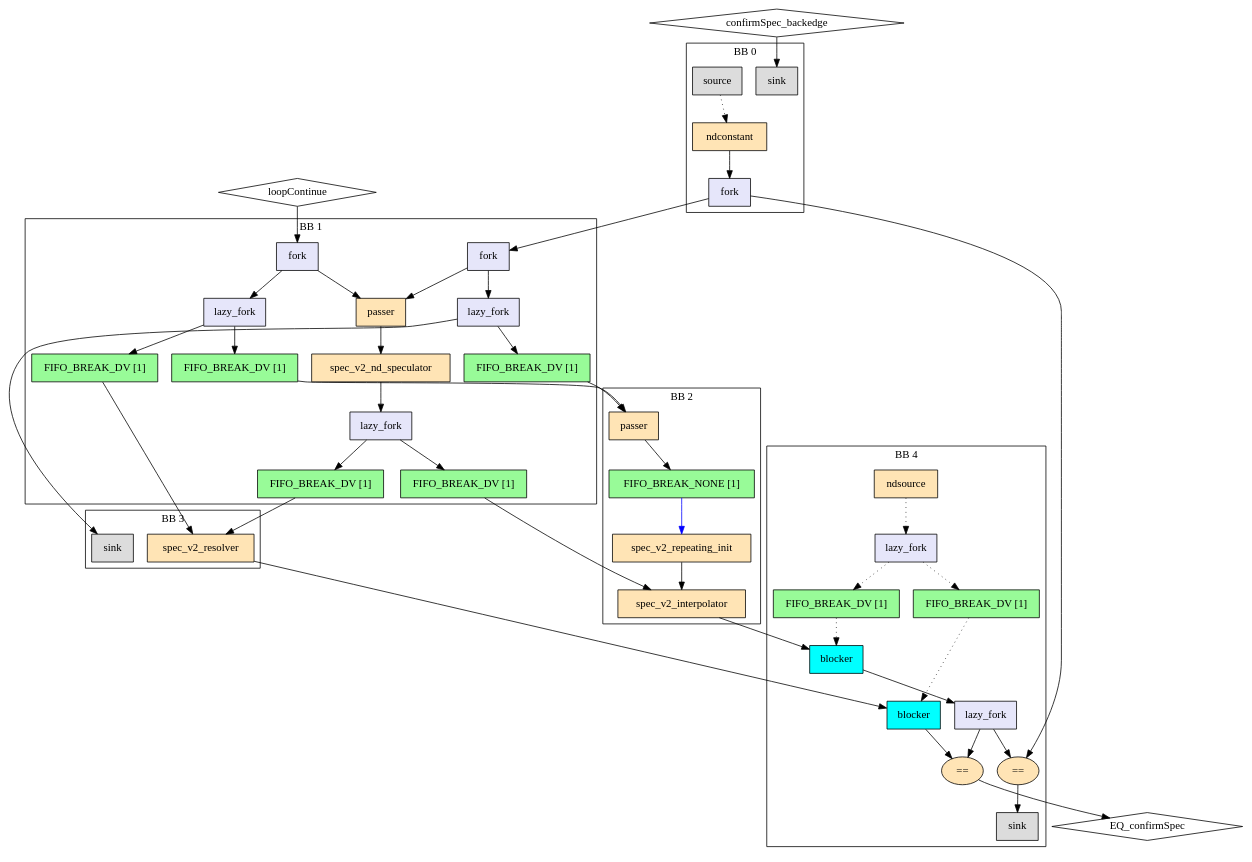
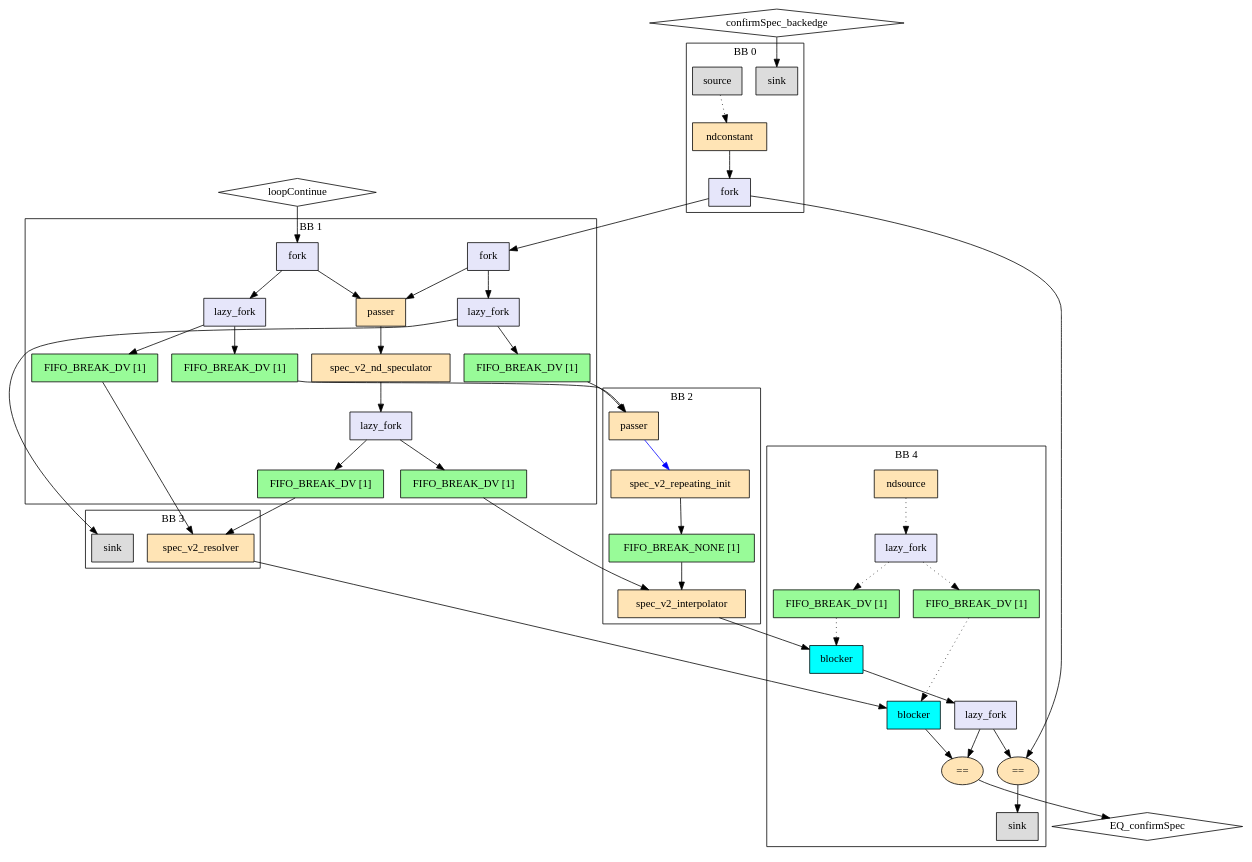
One commit to EPFL-LAP/dynamatic changed the diagram in experimental/tools/elastic-miter/out/introduceResolver/miter/model.dot. Above: the diagram before and after it, drawn with Graphviz. The commit also changed 939 other files, not shown here.

```diff
--- a/experimental/tools/elastic-miter/out/introduceResolver/miter/model.dot
+++ b/experimental/tools/elastic-miter/out/introduceResolver/miter/model.dot
@@ -1,93 +1,93 @@
 Digraph G {
   splines=spline
   compound=true
   "loopContinue" ["style"="solid", "shape"="diamond", "label"="loopContinue", "mlir_op"="handshake.func"]
   "confirmSpec_backedge" ["style"="solid", "shape"="diamond", "label"="confirmSpec_backedge", "mlir_op"="handshake.func"]
   "EQ_confirmSpec" ["style"="solid", "shape"="diamond", "label"="EQ_confirmSpec", "mlir_op"="handshake.func"]
   "loopContinue" -> "ctx_fork" ["dir"="both", "style"="solid", "arrowhead"="normal", "from_idx"="0", "to"="ins", "arrowtail"="none", "from"="loopContinue", "to_idx"="0"]
   "confirmSpec_backedge" -> "backedge_sink_start_confirmSpec" ["dir"="both", "style"="solid", "arrowhead"="normal", "from_idx"="1", "to"="ins", "arrowtail"="none", "from"="confirmSpec_backedge", "to_idx"="0"]
   "backedge_lf_start_confirmSpec" -> "ctx_fork_cs" ["dir"="both", "style"="solid", "arrowhead"="normal", "from_idx"="0", "to"="ins", "arrowtail"="none", "from"="outs_0", "to_idx"="0"]
   "backedge_lf_start_confirmSpec" -> "backedge_eq_confirmSpec" ["dir"="both", "style"="solid", "arrowhead"="normal", "from_idx"="1", "to"="lhs", "arrowtail"="none", "from"="outs_1", "to_idx"="0"]
   "lhs_in_buf_loopContinue" -> "lhs_passer" ["dir"="both", "style"="solid", "arrowhead"="normal", "from_idx"="0", "to"="data", "arrowtail"="none", "from"="outs", "to_idx"="0"]
   "rhs_in_buf_loopContinue" -> "rhs_resolver" ["dir"="both", "style"="solid", "arrowhead"="normal", "from_idx"="0", "to"="actualCondition", "arrowtail"="none", "from"="outs", "to_idx"="0"]
   "lhs_in_buf_specLoopContinue" -> "lhs_interpolate" ["dir"="both", "style"="solid", "arrowhead"="normal", "from_idx"="0", "to"="long", "arrowtail"="none", "from"="outs", "to_idx"="1"]
   "rhs_in_buf_specLoopContinue" -> "rhs_resolver" ["dir"="both", "style"="solid", "arrowhead"="normal", "from_idx"="0", "to"="generatedCondition", "arrowtail"="none", "from"="outs", "to_idx"="1"]
   "in_fork_confirmSpec_backedge" -> "rhs_vm_sink_2" ["dir"="both", "style"="solid", "arrowhead"="normal", "from_idx"="1", "to"="ins", "arrowtail"="none", "from"="outs_1", "to_idx"="0"]
   "lhs_in_buf_confirmSpec_backedge" -> "lhs_passer" ["dir"="both", "style"="solid", "arrowhead"="normal", "from_idx"="0", "to"="ctrl", "arrowtail"="none", "from"="outs", "to_idx"="1"]
   "out_eq_confirmSpec" -> "EQ_confirmSpec" ["dir"="both", "style"="solid", "arrowhead"="normal", "from_idx"="0", "to"="EQ_confirmSpec", "arrowtail"="none", "from"="result", "to_idx"="0"]
   "lhs_interpolate" -> "lhs_out_bl_confirmSpec" ["dir"="both", "style"="solid", "arrowhead"="normal", "from_idx"="0", "to"="ins", "arrowtail"="none", "from"="result", "to_idx"="0"]
   "rhs_resolver" -> "rhs_out_bl_confirmSpec" ["dir"="both", "style"="solid", "arrowhead"="normal", "from_idx"="0", "to"="ins", "arrowtail"="none", "from"="confirmSpec", "to_idx"="0"]
   subgraph cluster0 {
     graph ["label"="BB 0"]
     "backedge_source_confirmSpec" ["style"="filled", "fillcolor"="gainsboro", "shape"="box", "label"="source", "mlir_op"="handshake.source"]
     "backedge_constant_confirmSpec" ["style"="filled", "fillcolor"="moccasin", "shape"="box", "label"="ndconstant", "mlir_op"="handshake.ndconstant"]
     "backedge_lf_start_confirmSpec" ["style"="filled", "fillcolor"="lavender", "shape"="box", "label"="fork", "mlir_op"="handshake.fork"]
     "backedge_sink_start_confirmSpec" ["style"="filled", "fillcolor"="gainsboro", "shape"="box", "label"="sink", "mlir_op"="handshake.sink"]
     "backedge_source_confirmSpec" -> "backedge_constant_confirmSpec" ["dir"="both", "style"="dotted", "arrowhead"="normal", "from_idx"="0", "to"="ctrl", "arrowtail"="none", "from"="outs", "to_idx"="0"]
     "backedge_constant_confirmSpec" -> "backedge_lf_start_confirmSpec" ["dir"="both", "style"="solid", "arrowhead"="normal", "from_idx"="0", "to"="ins", "arrowtail"="none", "from"="result", "to_idx"="0"]
   }
   subgraph cluster4 {
     graph ["label"="BB 4"]
     "backedge_lf_end_confirmSpec" ["style"="filled", "fillcolor"="lavender", "shape"="box", "label"="lazy_fork", "mlir_op"="handshake.lazy_fork"]
     "backedge_eq_confirmSpec" ["style"="filled", "fillcolor"="moccasin", "shape"="oval", "label"="==", "mlir_op"="handshake.cmpi=="]
     "backedge_sink_end_confirmSpec" ["style"="filled", "fillcolor"="gainsboro", "shape"="box", "label"="sink", "mlir_op"="handshake.sink"]
     "out_nds_confirmSpec" ["style"="filled", "fillcolor"="moccasin", "shape"="box", "label"="ndsource", "mlir_op"="handshake.ndsource"]
     "out_lf_confirmSpec" ["style"="filled", "fillcolor"="lavender", "shape"="box", "label"="lazy_fork", "mlir_op"="handshake.lazy_fork"]
     "out_buf_lhs_nds_confirmSpec" ["style"="filled", "fillcolor"="palegreen", "shape"="box", "label"="FIFO_BREAK_DV [1]", "mlir_op"="handshake.buffer"]
     "out_buf_rhs_nds_confirmSpec" ["style"="filled", "fillcolor"="palegreen", "shape"="box", "label"="FIFO_BREAK_DV [1]", "mlir_op"="handshake.buffer"]
     "lhs_out_bl_confirmSpec" ["style"="filled", "fillcolor"="cyan", "shape"="box", "label"="blocker", "mlir_op"="handshake.blocker"]
     "rhs_out_bl_confirmSpec" ["style"="filled", "fillcolor"="cyan", "shape"="box", "label"="blocker", "mlir_op"="handshake.blocker"]
     "out_eq_confirmSpec" ["style"="filled", "fillcolor"="moccasin", "shape"="oval", "label"="==", "mlir_op"="handshake.cmpi=="]
     "backedge_lf_end_confirmSpec" -> "out_eq_confirmSpec" ["dir"="both", "style"="solid", "arrowhead"="normal", "from_idx"="0", "to"="lhs", "arrowtail"="none", "from"="outs_0", "to_idx"="0"]
     "backedge_lf_end_confirmSpec" -> "backedge_eq_confirmSpec" ["dir"="both", "style"="solid", "arrowhead"="normal", "from_idx"="1", "to"="rhs", "arrowtail"="none", "from"="outs_1", "to_idx"="1"]
     "backedge_eq_confirmSpec" -> "backedge_sink_end_confirmSpec" ["dir"="both", "style"="solid", "arrowhead"="normal", "from_idx"="0", "to"="ins", "arrowtail"="none", "from"="result", "to_idx"="0"]
     "out_nds_confirmSpec" -> "out_lf_confirmSpec" ["dir"="both", "style"="dotted", "arrowhead"="normal", "from_idx"="0", "to"="ins", "arrowtail"="none", "from"="result", "to_idx"="0"]
     "out_lf_confirmSpec" -> "out_buf_lhs_nds_confirmSpec" ["dir"="both", "style"="dotted", "arrowhead"="normal", "from_idx"="0", "to"="ins", "arrowtail"="none", "from"="outs_0", "to_idx"="0"]
     "out_lf_confirmSpec" -> "out_buf_rhs_nds_confirmSpec" ["dir"="both", "style"="dotted", "arrowhead"="normal", "from_idx"="1", "to"="ins", "arrowtail"="none", "from"="outs_1", "to_idx"="0"]
     "out_buf_lhs_nds_confirmSpec" -> "lhs_out_bl_confirmSpec" ["dir"="both", "style"="dotted", "arrowhead"="normal", "from_idx"="0", "to"="ctrl", "arrowtail"="none", "from"="outs", "to_idx"="1"]
     "out_buf_rhs_nds_confirmSpec" -> "rhs_out_bl_confirmSpec" ["dir"="both", "style"="dotted", "arrowhead"="normal", "from_idx"="0", "to"="ctrl", "arrowtail"="none", "from"="outs", "to_idx"="1"]
     "lhs_out_bl_confirmSpec" -> "backedge_lf_end_confirmSpec" ["dir"="both", "style"="solid", "arrowhead"="normal", "from_idx"="0", "to"="ins", "arrowtail"="none", "from"="outs", "to_idx"="0"]
     "rhs_out_bl_confirmSpec" -> "out_eq_confirmSpec" ["dir"="both", "style"="solid", "arrowhead"="normal", "from_idx"="0", "to"="rhs", "arrowtail"="none", "from"="outs", "to_idx"="1"]
   }
   subgraph cluster1 {
     graph ["label"="BB 1"]
     "ctx_fork" ["style"="filled", "fillcolor"="lavender", "shape"="box", "label"="fork", "mlir_op"="handshake.fork"]
     "ctx_fork_cs" ["style"="filled", "fillcolor"="lavender", "shape"="box", "label"="fork", "mlir_op"="handshake.fork"]
     "ctx_passer" ["style"="filled", "fillcolor"="moccasin", "shape"="box", "label"="passer", "mlir_op"="handshake.passer"]
     "ndspec" ["style"="filled", "fillcolor"="moccasin", "shape"="box", "label"="spec_v2_nd_speculator", "mlir_op"="handshake.spec_v2_nd_speculator"]
     "in_fork_loopContinue" ["style"="filled", "fillcolor"="lavender", "shape"="box", "label"="lazy_fork", "mlir_op"="handshake.lazy_fork"]
     "lhs_in_buf_loopContinue" ["style"="filled", "fillcolor"="palegreen", "shape"="box", "label"="FIFO_BREAK_DV [1]", "mlir_op"="handshake.buffer"]
     "rhs_in_buf_loopContinue" ["style"="filled", "fillcolor"="palegreen", "shape"="box", "label"="FIFO_BREAK_DV [1]", "mlir_op"="handshake.buffer"]
     "in_fork_specLoopContinue" ["style"="filled", "fillcolor"="lavender", "shape"="box", "label"="lazy_fork", "mlir_op"="handshake.lazy_fork"]
     "lhs_in_buf_specLoopContinue" ["style"="filled", "fillcolor"="palegreen", "shape"="box", "label"="FIFO_BREAK_DV [1]", "mlir_op"="handshake.buffer"]
     "rhs_in_buf_specLoopContinue" ["style"="filled", "fillcolor"="palegreen", "shape"="box", "label"="FIFO_BREAK_DV [1]", "mlir_op"="handshake.buffer"]
     "in_fork_confirmSpec_backedge" ["style"="filled", "fillcolor"="lavender", "shape"="box", "label"="lazy_fork", "mlir_op"="handshake.lazy_fork"]
     "lhs_in_buf_confirmSpec_backedge" ["style"="filled", "fillcolor"="palegreen", "shape"="box", "label"="FIFO_BREAK_DV [1]", "mlir_op"="handshake.buffer"]
     "ctx_fork" -> "ctx_passer" ["dir"="both", "style"="solid", "arrowhead"="normal", "from_idx"="0", "to"="data", "arrowtail"="none", "from"="outs_0", "to_idx"="0"]
     "ctx_fork" -> "in_fork_loopContinue" ["dir"="both", "style"="solid", "arrowhead"="normal", "from_idx"="1", "to"="ins", "arrowtail"="none", "from"="outs_1", "to_idx"="0"]
     "ctx_fork_cs" -> "ctx_passer" ["dir"="both", "style"="solid", "arrowhead"="normal", "from_idx"="0", "to"="ctrl", "arrowtail"="none", "from"="outs_0", "to_idx"="1"]
     "ctx_fork_cs" -> "in_fork_confirmSpec_backedge" ["dir"="both", "style"="solid", "arrowhead"="normal", "from_idx"="1", "to"="ins", "arrowtail"="none", "from"="outs_1", "to_idx"="0"]
     "ctx_passer" -> "ndspec" ["dir"="both", "style"="solid", "arrowhead"="normal", "from_idx"="0", "to"="ins", "arrowtail"="none", "from"="result", "to_idx"="0"]
     "ndspec" -> "in_fork_specLoopContinue" ["dir"="both", "style"="solid", "arrowhead"="normal", "from_idx"="0", "to"="ins", "arrowtail"="none", "from"="outs", "to_idx"="0"]
     "in_fork_loopContinue" -> "lhs_in_buf_loopContinue" ["dir"="both", "style"="solid", "arrowhead"="normal", "from_idx"="0", "to"="ins", "arrowtail"="none", "from"="outs_0", "to_idx"="0"]
     "in_fork_loopContinue" -> "rhs_in_buf_loopContinue" ["dir"="both", "style"="solid", "arrowhead"="normal", "from_idx"="1", "to"="ins", "arrowtail"="none", "from"="outs_1", "to_idx"="0"]
     "in_fork_specLoopContinue" -> "lhs_in_buf_specLoopContinue" ["dir"="both", "style"="solid", "arrowhead"="normal", "from_idx"="0", "to"="ins", "arrowtail"="none", "from"="outs_0", "to_idx"="0"]
     "in_fork_specLoopContinue" -> "rhs_in_buf_specLoopContinue" ["dir"="both", "style"="solid", "arrowhead"="normal", "from_idx"="1", "to"="ins", "arrowtail"="none", "from"="outs_1", "to_idx"="0"]
     "in_fork_confirmSpec_backedge" -> "lhs_in_buf_confirmSpec_backedge" ["dir"="both", "style"="solid", "arrowhead"="normal", "from_idx"="0", "to"="ins", "arrowtail"="none", "from"="outs_0", "to_idx"="0"]
   }
   subgraph cluster2 {
     graph ["label"="BB 2"]
     "lhs_passer" ["style"="filled", "fillcolor"="moccasin", "shape"="box", "label"="passer", "mlir_op"="handshake.passer"]
+    "lhs_ri" ["style"="filled", "fillcolor"="moccasin", "shape"="box", "label"="spec_v2_repeating_init", "mlir_op"="handshake.spec_v2_repeating_init"]
     "lhs_buffer" ["style"="filled", "fillcolor"="palegreen", "shape"="box", "label"="FIFO_BREAK_NONE [1]", "mlir_op"="handshake.buffer"]
-    "lhs_ri" ["style"="filled", "fillcolor"="moccasin", "shape"="box", "label"="spec_v2_repeating_init", "mlir_op"="handshake.spec_v2_repeating_init"]
     "lhs_interpolate" ["style"="filled", "fillcolor"="moccasin", "shape"="box", "label"="spec_v2_interpolator", "mlir_op"="handshake.spec_v2_interpolator"]
-    "lhs_passer" -> "lhs_buffer" ["dir"="both", "style"="solid", "arrowhead"="normal", "from_idx"="0", "to"="ins", "arrowtail"="none", "from"="result", "to_idx"="0"]
-    "lhs_buffer" -> "lhs_ri" ["dir"="both", "style"="solid", "arrowhead"="normal", "from_idx"="0", "color"="blue", "to"="ins", "arrowtail"="none", "from"="outs", "to_idx"="0"]
-    "lhs_ri" -> "lhs_interpolate" ["dir"="both", "style"="solid", "arrowhead"="normal", "from_idx"="0", "to"="short", "arrowtail"="none", "from"="outs", "to_idx"="0"]
+    "lhs_passer" -> "lhs_ri" ["dir"="both", "style"="solid", "arrowhead"="normal", "from_idx"="0", "color"="blue", "to"="ins", "arrowtail"="none", "from"="result", "to_idx"="0"]
+    "lhs_ri" -> "lhs_buffer" ["dir"="both", "style"="solid", "arrowhead"="normal", "from_idx"="0", "to"="ins", "arrowtail"="none", "from"="outs", "to_idx"="0"]
+    "lhs_buffer" -> "lhs_interpolate" ["dir"="both", "style"="solid", "arrowhead"="normal", "from_idx"="0", "to"="short", "arrowtail"="none", "from"="outs", "to_idx"="0"]
   }
   subgraph cluster3 {
     graph ["label"="BB 3"]
     "rhs_vm_sink_2" ["style"="filled", "fillcolor"="gainsboro", "shape"="box", "label"="sink", "mlir_op"="handshake.sink"]
     "rhs_resolver" ["style"="filled", "fillcolor"="moccasin", "shape"="box", "label"="spec_v2_resolver", "mlir_op"="handshake.spec_v2_resolver"]
   }
 }
```
